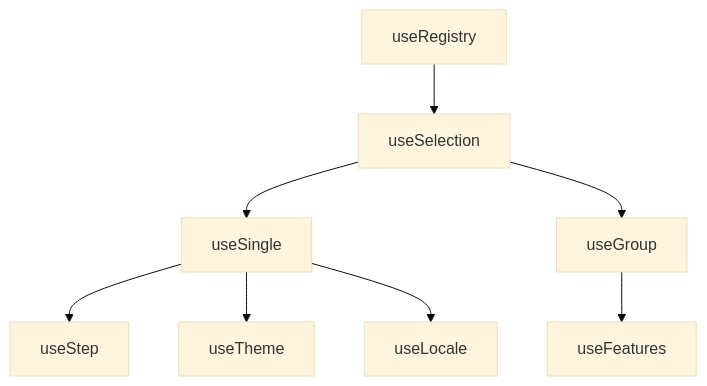
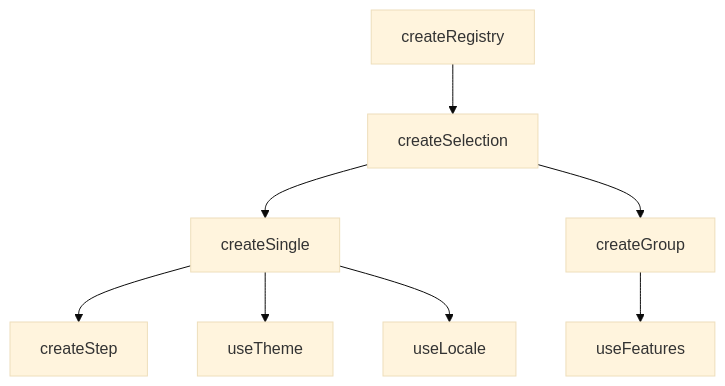
Before and after one commit to vuetifyjs/0: the diagram in apps/docs/src/pages/composables/selection/create-selection.md, drawn with Mermaid (base theme). The commit also changed other lines of this file and 33 other files, not shown here.

````diff
--- a/apps/docs/src/pages/composables/selection/create-selection.md
+++ b/apps/docs/src/pages/composables/selection/create-selection.md
@@ -50,10 +50,10 @@
 ```mermaid "Selection Hierarchy"
 flowchart TD
-  useRegistry --> useSelection
-  useSelection --> useSingle
-  useSelection --> useGroup
-  useSingle --> useStep
-  useSingle --> useTheme
-  useSingle --> useLocale
-  useGroup --> useFeatures
+  createRegistry --> createSelection
+  createSelection --> createSingle
+  createSelection --> createGroup
+  createSingle --> createStep
+  createSingle --> useTheme
+  createSingle --> useLocale
+  createGroup --> useFeatures
 ```
````
